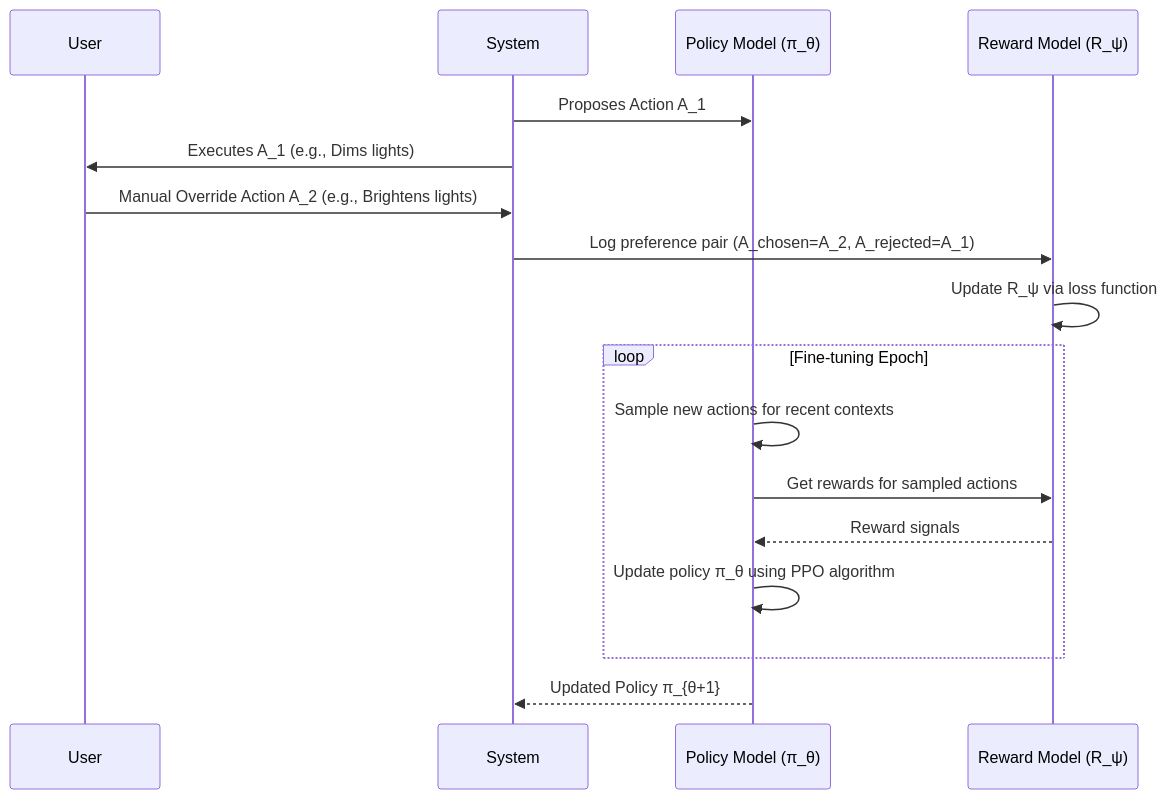
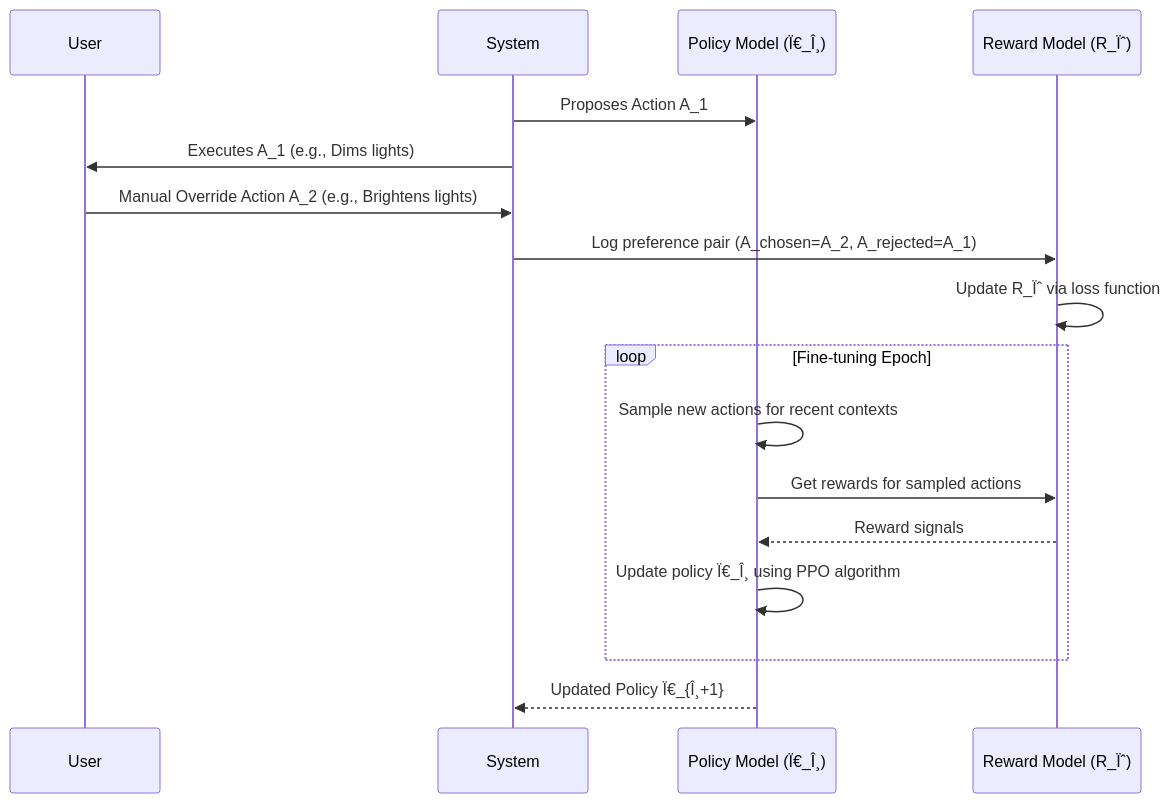
Before and after one commit to diplomat-bit/Citibank_Demo_Business_Inc_Demonstration-: the sixth of 11 diagrams in inventions/087_ai_smart_home_automation.md, drawn with Mermaid. The commit also changed other lines of this file, not shown here.

````diff
--- a/inventions/087_ai_smart_home_automation.md
+++ b/inventions/087_ai_smart_home_automation.md
@@ -213,20 +213,20 @@
 ```mermaid
 sequenceDiagram
     participant User;
     participant System;
-    participant PolicyModel as Policy Model (π_θ);
-    participant RewardModel as Reward Model (R_ψ);
+    participant PolicyModel as Policy Model (Ï€_Î¸);
+    participant RewardModel as Reward Model (R_Ïˆ);
 
     System->>PolicyModel: Proposes Action A_1
     System->>User: Executes A_1 (e.g., Dims lights)
     User->>System: Manual Override Action A_2 (e.g., Brightens lights)
     System->>RewardModel: Log preference pair (A_chosen=A_2, A_rejected=A_1)
-    RewardModel->>RewardModel: Update R_ψ via loss function
+    RewardModel->>RewardModel: Update R_Ïˆ via loss function
     loop Fine-tuning Epoch
         PolicyModel->>PolicyModel: Sample new actions for recent contexts
         PolicyModel->>RewardModel: Get rewards for sampled actions
         RewardModel-->>PolicyModel: Reward signals
-        PolicyModel->>PolicyModel: Update policy π_θ using PPO algorithm
+        PolicyModel->>PolicyModel: Update policy Ï€_Î¸ using PPO algorithm
     end
-    PolicyModel-->>System: Updated Policy π_{θ+1}
+    PolicyModel-->>System: Updated Policy Ï€_{Î¸+1}
 ```
````
